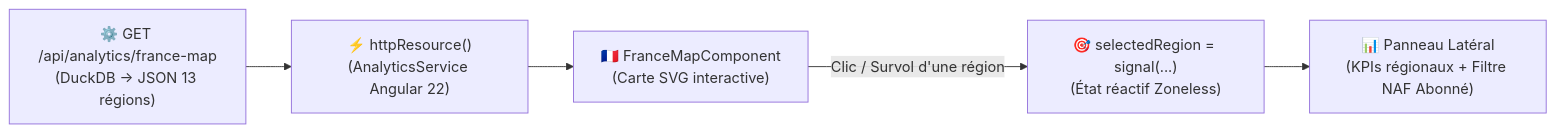
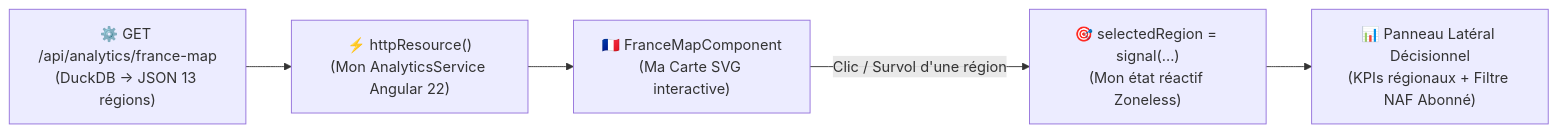
Before and after one commit to Anon31/data-skills-radar-docs: the fourth of 4 diagrams in docs/lakehouse/03.guide_etape_par_etape.md, drawn with Mermaid. The commit also changed other lines of this file and 2 other files, not shown here.

````diff
--- a/docs/lakehouse/03.guide_etape_par_etape.md
+++ b/docs/lakehouse/03.guide_etape_par_etape.md
@@ -170,12 +168,12 @@
 ```mermaid
 flowchart LR
     API["⚙️ GET /api/analytics/france-map<br/>(DuckDB -> JSON 13 régions)"]
-    RES["⚡ httpResource()<br/>(AnalyticsService Angular 22)"]
-    SIG["🎯 selectedRegion = signal(...)<br/>(État réactif Zoneless)"]
-    MAP["🇫🇷 FranceMapComponent<br/>(Carte SVG interactive)"]
-    DETAIL["📊 Panneau Latéral<br/>(KPIs régionaux + Filtre NAF Abonné)"]
+    RES["⚡ httpResource()<br/>(Mon AnalyticsService Angular 22)"]
+    SIG["🎯 selectedRegion = signal(...)<br/>(Mon état réactif Zoneless)"]
+    MAP["🇫🇷 FranceMapComponent<br/>(Ma Carte SVG interactive)"]
+    DETAIL["📊 Panneau Latéral Décisionnel<br/>(KPIs régionaux + Filtre NAF Abonné)"]
 
     API --> RES --> MAP
     MAP -->|Clic / Survol d'une région| SIG
     SIG --> DETAIL
 ```
````
